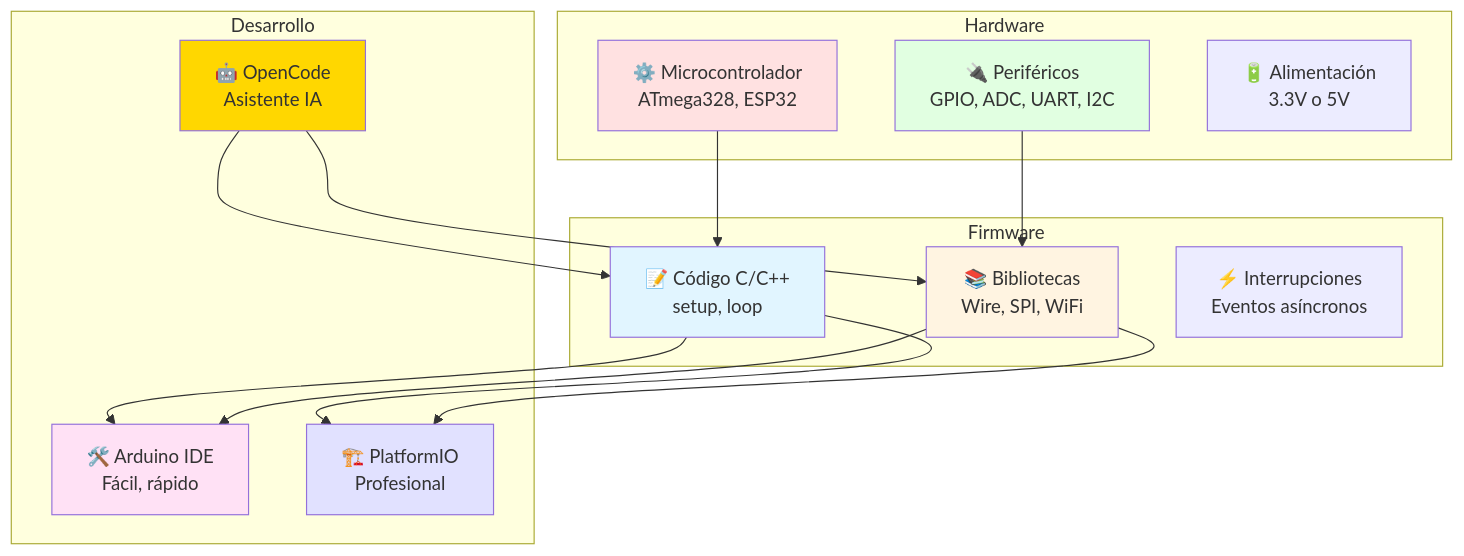
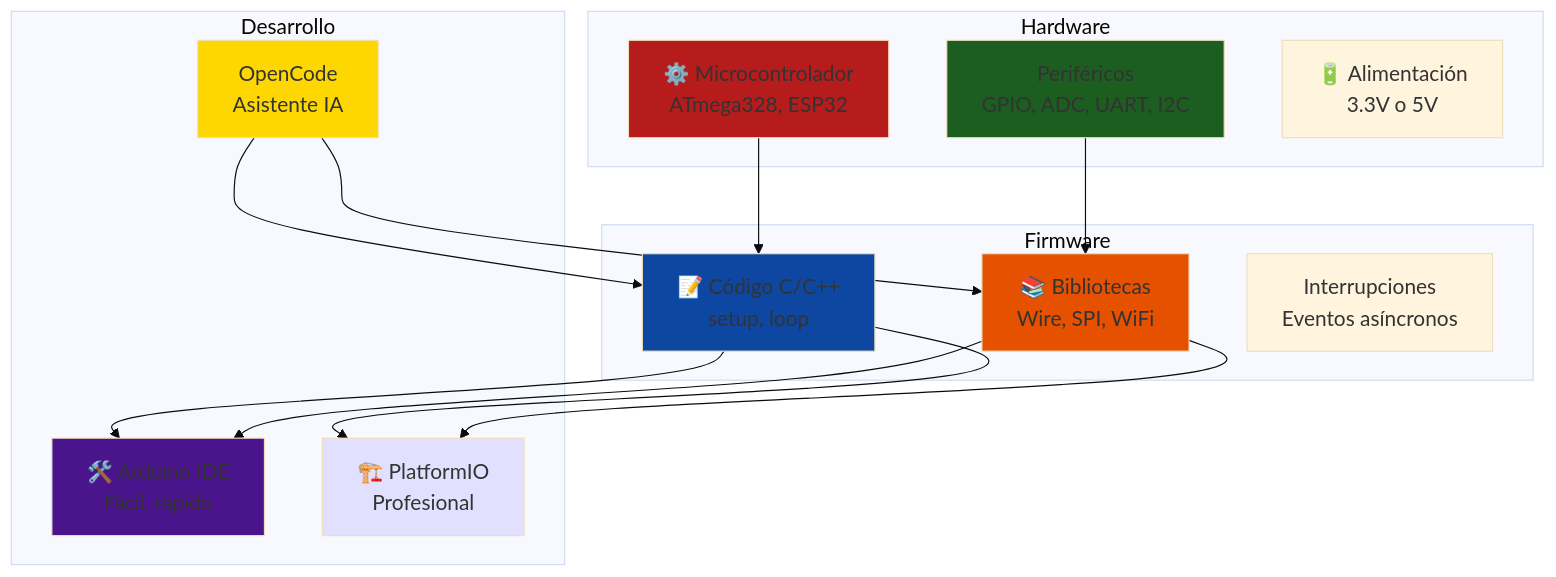
Before and after one commit to Ai-Whisperers/Courses-Content: the second of 16 diagrams in courses/🟡-development/FPUNA-2026/02-ELECTRONICA-AUTOMATIZACION/03-desarrollo-firmware.md, drawn with Mermaid. The commit also changed other lines of this file and 47 other files, not shown here.

First line of the commit message:
fix: Make all 473 diagrams WCAG AAA accessible (FPUNA-2026)

````diff
--- a/courses/🟡-development/FPUNA-2026/02-ELECTRONICA-AUTOMATIZACION/03-desarrollo-firmware.md
+++ b/courses/🟡-development/FPUNA-2026/02-ELECTRONICA-AUTOMATIZACION/03-desarrollo-firmware.md
@@ -64,37 +65,38 @@
 ```mermaid
+%%{init: {'theme':'base', 'themeVariables': {'fontSize':'18px'}}}%%
 graph TB
     subgraph "Hardware"
         A[⚙️ Microcontrolador<br/>ATmega328, ESP32]
-        B[🔌 Periféricos<br/>GPIO, ADC, UART, I2C]
+        B[Periféricos<br/>GPIO, ADC, UART, I2C]
         C[🔋 Alimentación<br/>3.3V o 5V]
     end
     
     subgraph "Firmware"
         D[📝 Código C/C++<br/>setup, loop]
         E[📚 Bibliotecas<br/>Wire, SPI, WiFi]
-        F[⚡ Interrupciones<br/>Eventos asíncronos]
+        F[Interrupciones<br/>Eventos asíncronos]
     end
     
     subgraph "Desarrollo"
         G[🛠️ Arduino IDE<br/>Fácil, rápido]
         H[🏗️ PlatformIO<br/>Profesional]
-        I[🤖 OpenCode<br/>Asistente IA]
+        I[OpenCode<br/>Asistente IA]
     end
     
     A --> D
     B --> E
     D --> G
     D --> H
     E --> G
     E --> H
     I --> D
     I --> E
     
-    style A fill:#FFE1E1
-    style B fill:#E1FFE1
-    style D fill:#E1F5FF
-    style E fill:#FFF4E1
-    style G fill:#FFE1F5
+    style A fill:#b71c1c
+    style B fill:#1b5e20
+    style D fill:#0d47a1
+    style E fill:#e65100
+    style G fill:#4a148c
     style H fill:#E1E1FF
     style I fill:#FFD700
 ```
````
